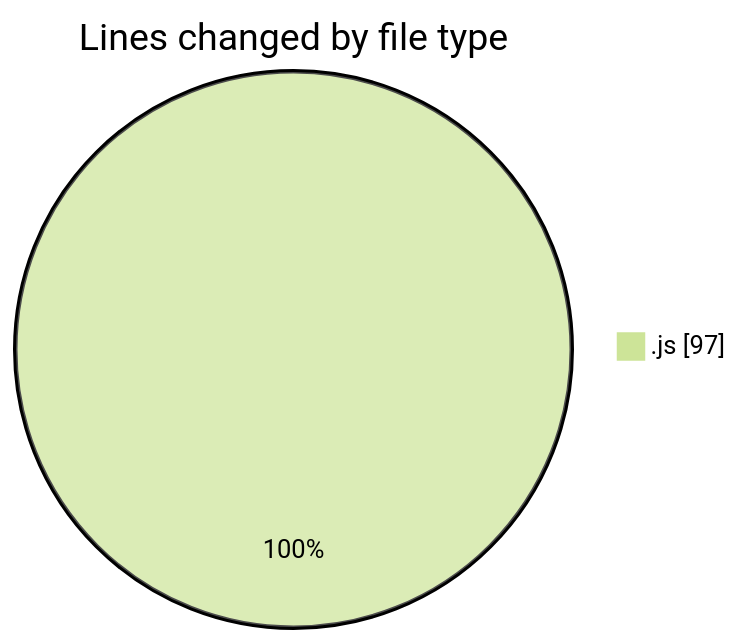
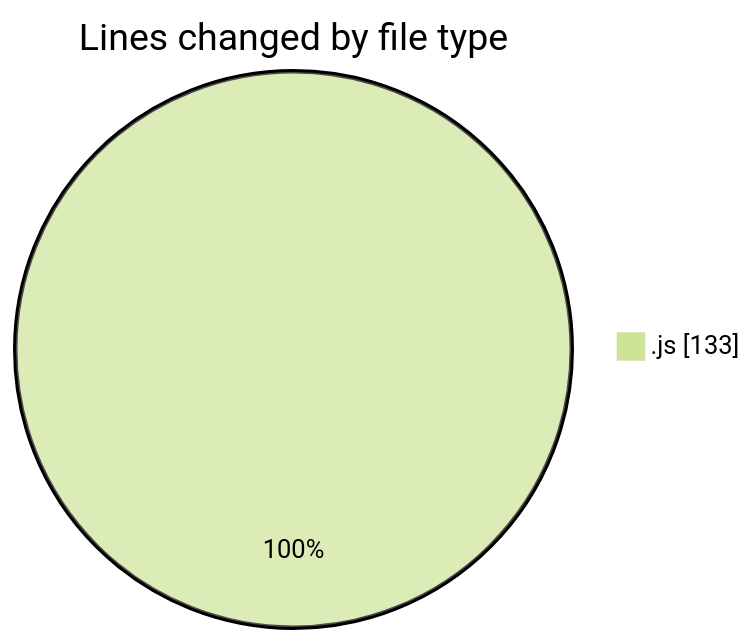
Before and after one commit to Ritupan-Deka/code-tracking: the first of 2 diagrams in 2025-07-20/reactphpmysql/README.md, drawn with Mermaid (forest theme). The commit also changed other lines of this file and 1 other file, not shown here.

````diff
--- a/2025-07-20/reactphpmysql/README.md
+++ b/2025-07-20/reactphpmysql/README.md
@@ -24,5 +24,5 @@
 ```mermaid
 pie showData
 title Lines changed by file type
-".js" : 97
+".js" : 133
 ```
````
